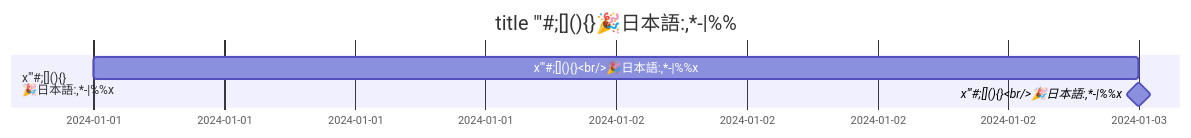
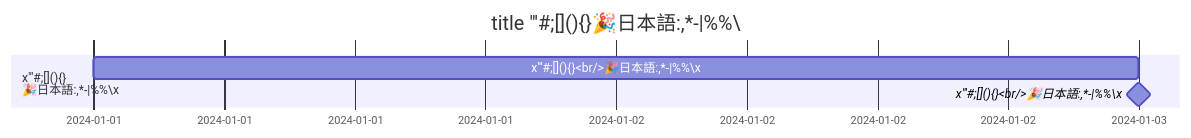
One commit to nao1215/markdown changed the diagram in doc/edgecase/gantt.md. Above: the diagram before and after it, drawn with Mermaid. The commit also changed 18 other files, not shown here.

First line of the commit message:
test(edgecase): put every character through every diagram type (#172)

````diff
--- a/doc/edgecase/gantt.md
+++ b/doc/edgecase/gantt.md
@@ -5,8 +5,8 @@
 ```mermaid
 gantt
-    title title "'#;[](){}🎉日本語:,*-|%%
+    title title "'#;[](){}🎉日本語:,*-|%%\
     dateFormat YYYY-MM-DD
-    section x"'#;[](){}<br/>🎉日本語:,*-|%%x
-    x"'#;[](){}<br/>🎉日本語#58;,*-|%%x :2024-01-01, 2d
-    x"'#;[](){}<br/>🎉日本語#58;,*-|%%x :milestone, milestone, 2024-01-03, 0d
+    section x"'#;[](){}<br/>🎉日本語:,*-|%%\x
+    x"'#;[](){}<br/>🎉日本語#58;,*-|%%\x :2024-01-01, 2d
+    x"'#;[](){}<br/>🎉日本語#58;,*-|%%\x :milestone, milestone, 2024-01-03, 0d
 ```
````
